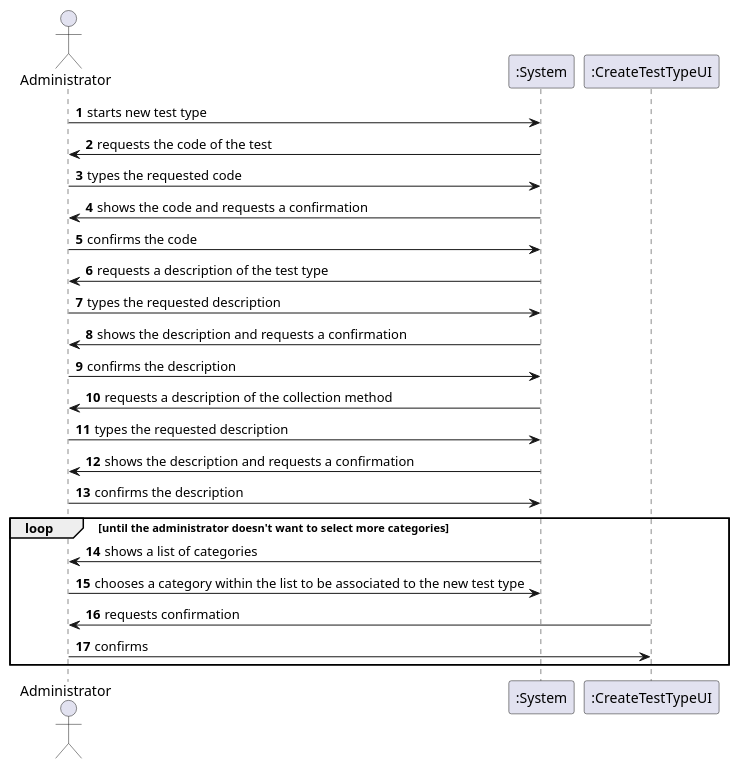
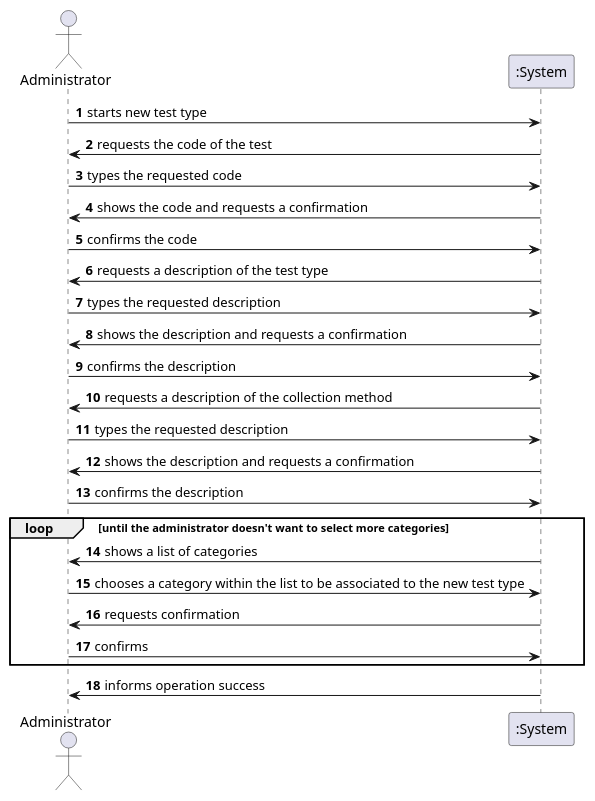
One commit to MadDinosaur/ISEP-LAPR2 changed the diagram in docs/SprintB/US9/US9_SSD.puml. Above: the diagram before and after it, drawn with PlantUML. The commit also changed 14 other files, not shown here.

```diff
--- a/docs/SprintB/US9/US9_SSD.puml
+++ b/docs/SprintB/US9/US9_SSD.puml
@@ -1,27 +1,28 @@
 @startuml
 
 autonumber
 
 actor Administrator
 
 Administrator -> ":System": starts new test type
 ":System" -> Administrator: requests the code of the test
 Administrator -> ":System": types the requested code
 ":System" -> Administrator: shows the code and requests a confirmation
 Administrator -> ":System": confirms the code
 ":System" -> Administrator: requests a description of the test type
 Administrator -> ":System": types the requested description
 ":System" -> Administrator: shows the description and requests a confirmation
 Administrator -> ":System": confirms the description
 ":System" -> Administrator: requests a description of the collection method
 Administrator -> ":System": types the requested description
 ":System" -> Administrator: shows the description and requests a confirmation
 Administrator -> ":System": confirms the description
 loop until the administrator doesn't want to select more categories
 ":System" -> Administrator: shows a list of categories
 Administrator -> ":System": chooses a category within the list to be associated to the new test type
-":CreateTestTypeUI" -> Administrator: requests confirmation
-Administrator -> ":CreateTestTypeUI": confirms
+":System" -> Administrator: requests confirmation
+Administrator -> ":System": confirms
 end loop
+":System" -> Administrator: informs operation success
 
 @enduml
```
